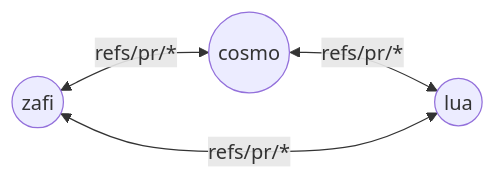
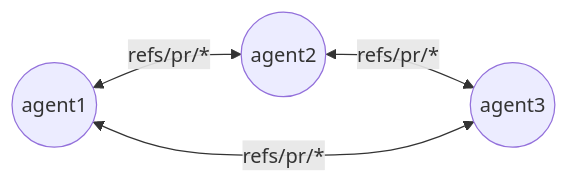
Before and after one commit to trumanellis/syncgit: the first of 2 diagrams in README.md, drawn with Mermaid. The commit also changed other lines of this file and 1 other file, not shown here.

````diff
--- a/README.md
+++ b/README.md
@@ -123,9 +171,9 @@
 ```mermaid
 graph LR
-  a1(("zafi"))
-  a2(("cosmo"))
-  a3(("lua"))
+  a1(("agent1"))
+  a2(("agent2"))
+  a3(("agent3"))
   a1 <-->|refs/pr/*| a2
   a2 <-->|refs/pr/*| a3
   a1 <-->|refs/pr/*| a3
 ```
````
